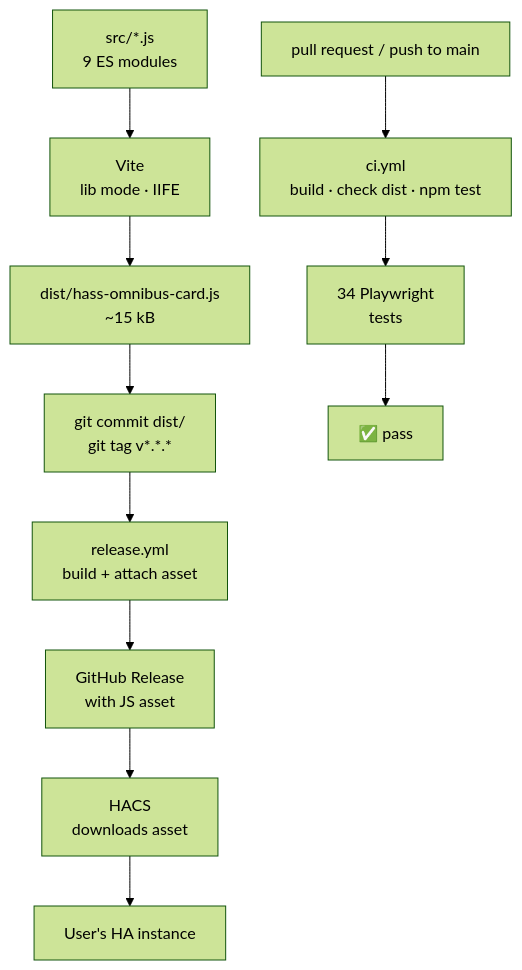
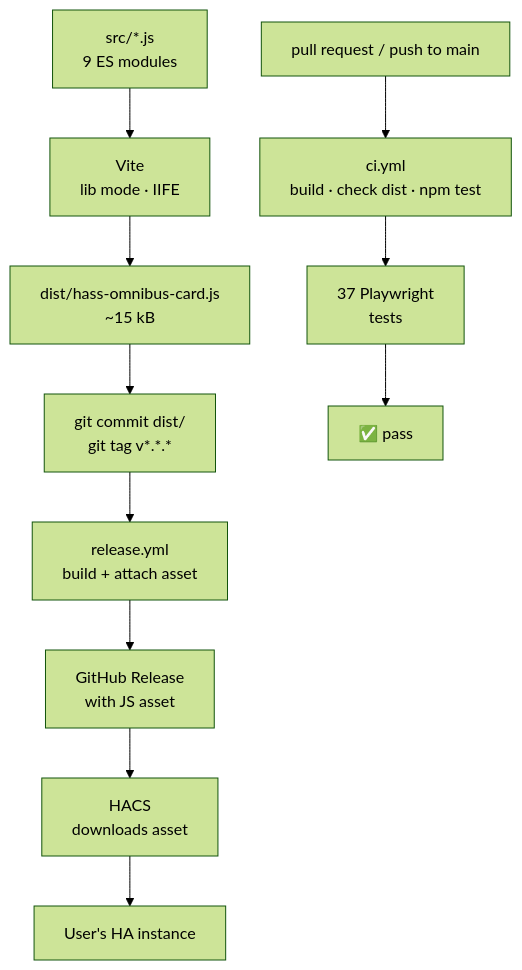
One commit to darknessnerd/hass-omnibus-card changed the third of 3 diagrams in DEVELOPMENT.md. Above: the diagram before and after it, drawn with Mermaid (forest theme). The commit also changed other lines of this file and 13 other files, not shown here.

````diff
--- a/DEVELOPMENT.md
+++ b/DEVELOPMENT.md
@@ -122,19 +122,19 @@
 ```mermaid
 flowchart TD
   src["src/*.js\n9 ES modules"]
   vite["Vite\nlib mode · IIFE"]
   dist["dist/hass-omnibus-card.js\n~15 kB"]
   commit["git commit dist/\ngit tag v*.*.*"]
   rel_wf["release.yml\nbuild + attach asset"]
   release["GitHub Release\nwith JS asset"]
   hacs["HACS\ndownloads asset"]
   ha["User's HA instance"]
 
   pr["pull request / push to main"]
   ci_wf["ci.yml\nbuild · check dist · npm test"]
-  tests["34 Playwright\ntests"]
+  tests["37 Playwright\ntests"]
   pass["✅ pass"]
 
   src --> vite --> dist --> commit --> rel_wf --> release --> hacs --> ha
   pr --> ci_wf --> tests --> pass
 ```
````
